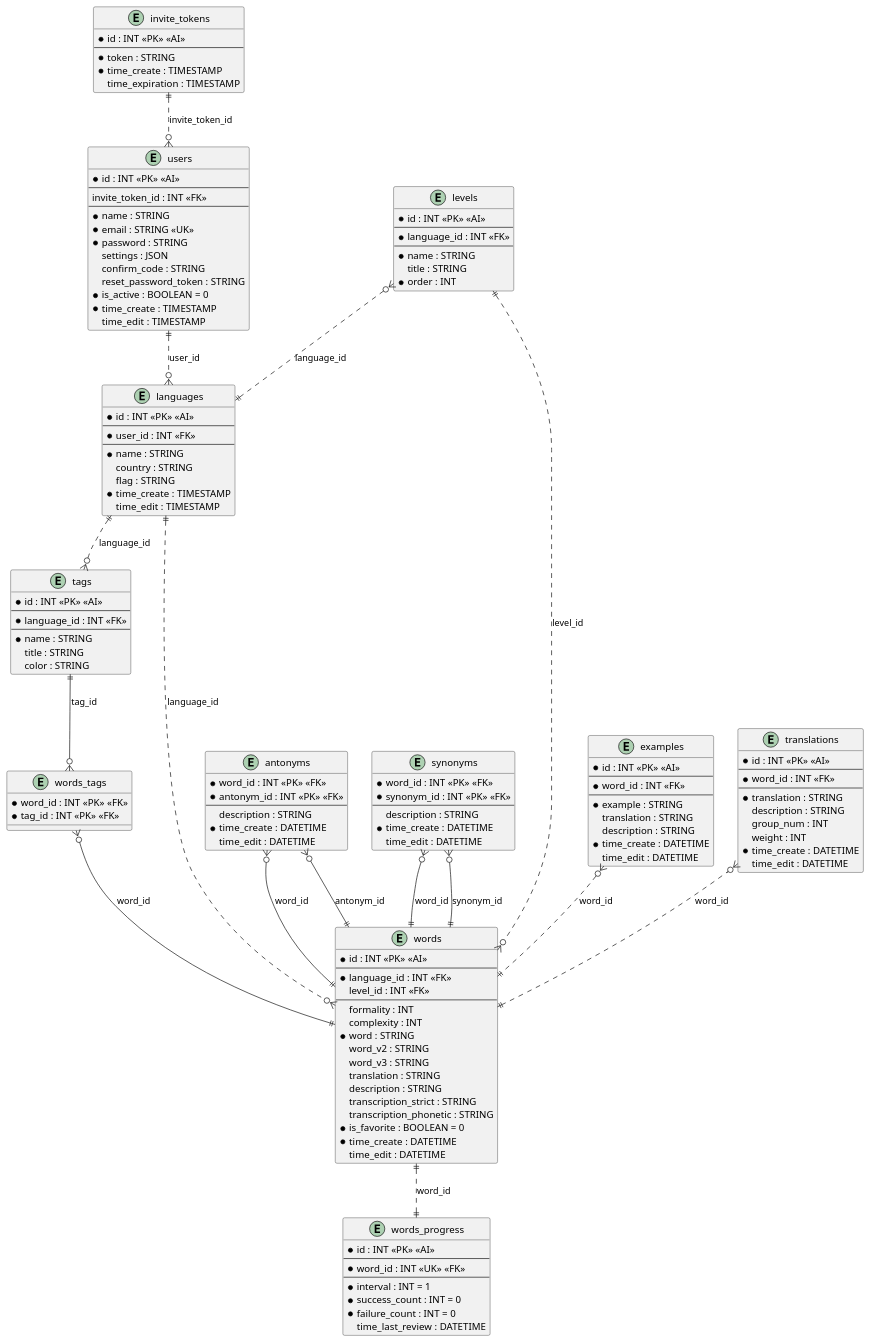
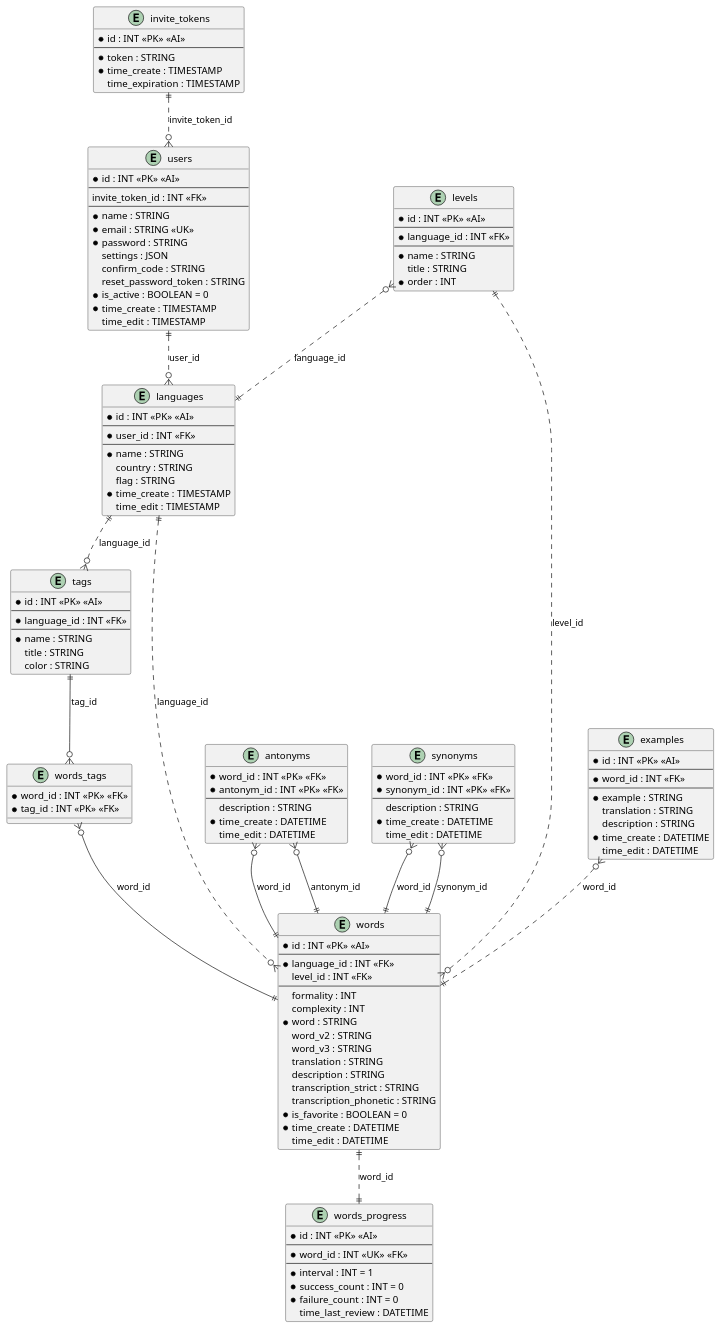
The diagram in database/model/dictionary.puml (ewwmy/dictionary), drawn with PlantUML before and after one commit. The commit also changed 2 other files, not shown here.

Commit message:
Removed translations as a separate feature

```diff
--- a/database/model/dictionary.puml
+++ b/database/model/dictionary.puml
@@ -1,157 +1,143 @@
 @startuml dictionary
 
 ' this flag is used to make wires straight-angled:
 ' skinparam linetype ortho
 
 entity invite_tokens {
   * id : INT <<PK>> <<AI>>
   ---
   * token : STRING
   * time_create : TIMESTAMP
   time_expiration : TIMESTAMP
 }
 
 entity users {
   * id : INT <<PK>> <<AI>>
   ---
   invite_token_id : INT <<FK>>
   ---
   * name : STRING
   * email : STRING <<UK>>
   * password : STRING
   settings : JSON
   confirm_code : STRING
   reset_password_token : STRING
   * is_active : BOOLEAN = 0
   * time_create : TIMESTAMP
   time_edit : TIMESTAMP
 }
 
 entity languages {
   * id : INT <<PK>> <<AI>>
   ---
   * user_id : INT <<FK>>
   ---
   * name : STRING
   country : STRING
   flag : STRING
   * time_create : TIMESTAMP
   time_edit : TIMESTAMP
 }
 
 entity tags {
   * id : INT <<PK>> <<AI>>
   ---
   * language_id : INT <<FK>>
   ---
   * name : STRING
   title : STRING
   color : STRING
 }
 
 entity words_tags {
   * word_id : INT <<PK>> <<FK>>
   * tag_id : INT <<PK>> <<FK>>
 }
 
 entity words_progress {
   * id : INT <<PK>> <<AI>>
   ---
   * word_id : INT <<UK>> <<FK>>
   ---
   * interval : INT = 1
   * success_count : INT = 0
   * failure_count : INT = 0
   time_last_review : DATETIME
 }
 
 entity antonyms {
   * word_id : INT <<PK>> <<FK>>
   * antonym_id : INT <<PK>> <<FK>>
   ---
   description : STRING
   * time_create : DATETIME
   time_edit : DATETIME
 }
 
 entity synonyms {
   * word_id : INT <<PK>> <<FK>>
   * synonym_id : INT <<PK>> <<FK>>
   ---
   description : STRING
   * time_create : DATETIME
   time_edit : DATETIME
 }
 
 entity words {
   * id : INT <<PK>> <<AI>>
   ---
   * language_id : INT <<FK>>
   level_id : INT <<FK>>
   ---
   formality : INT
   complexity : INT
   * word : STRING
   word_v2 : STRING
   word_v3 : STRING
   translation : STRING
   description : STRING
   transcription_strict : STRING
   transcription_phonetic : STRING
   * is_favorite : BOOLEAN = 0
   * time_create : DATETIME
   time_edit : DATETIME
 }
 
 entity levels {
   * id : INT <<PK>> <<AI>>
   ---
   * language_id : INT <<FK>>
   ---
   * name : STRING
   title : STRING
   * order : INT
 }
 
 entity examples {
   * id : INT <<PK>> <<AI>>
   ---
   * word_id : INT <<FK>>
   ---
   * example : STRING
   translation : STRING
   description : STRING
   * time_create : DATETIME
   time_edit : DATETIME
 }
 
-entity translations {
-  * id : INT <<PK>> <<AI>>
-  ---
-  * word_id : INT <<FK>>
-  ---
-  * translation : STRING
-  description : STRING
-  group_num : INT
-  weight : INT
-  * time_create : DATETIME
-  time_edit : DATETIME
-}
-
 invite_tokens ||..o{ users : "invite_token_id"
 users ||..o{ languages : "user_id"
 languages ||..o{ tags : "language_id"
 languages ||..o{ words : "language_id"
 examples }o..|| words : "word_id"
-translations }o..|| words : "word_id"
 tags ||--o{ words_tags : "tag_id"
 words_tags }o--|| words : "word_id"
 antonyms }o--|| words : "word_id"
 antonyms }o--|| words : "antonym_id"
 synonyms }o--|| words : "word_id"
 synonyms }o--|| words : "synonym_id"
 words ||..|| words_progress : "word_id"
 levels }o..|| languages : "language_id"
 levels ||..o{ words : "level_id"
 
 @enduml
```
